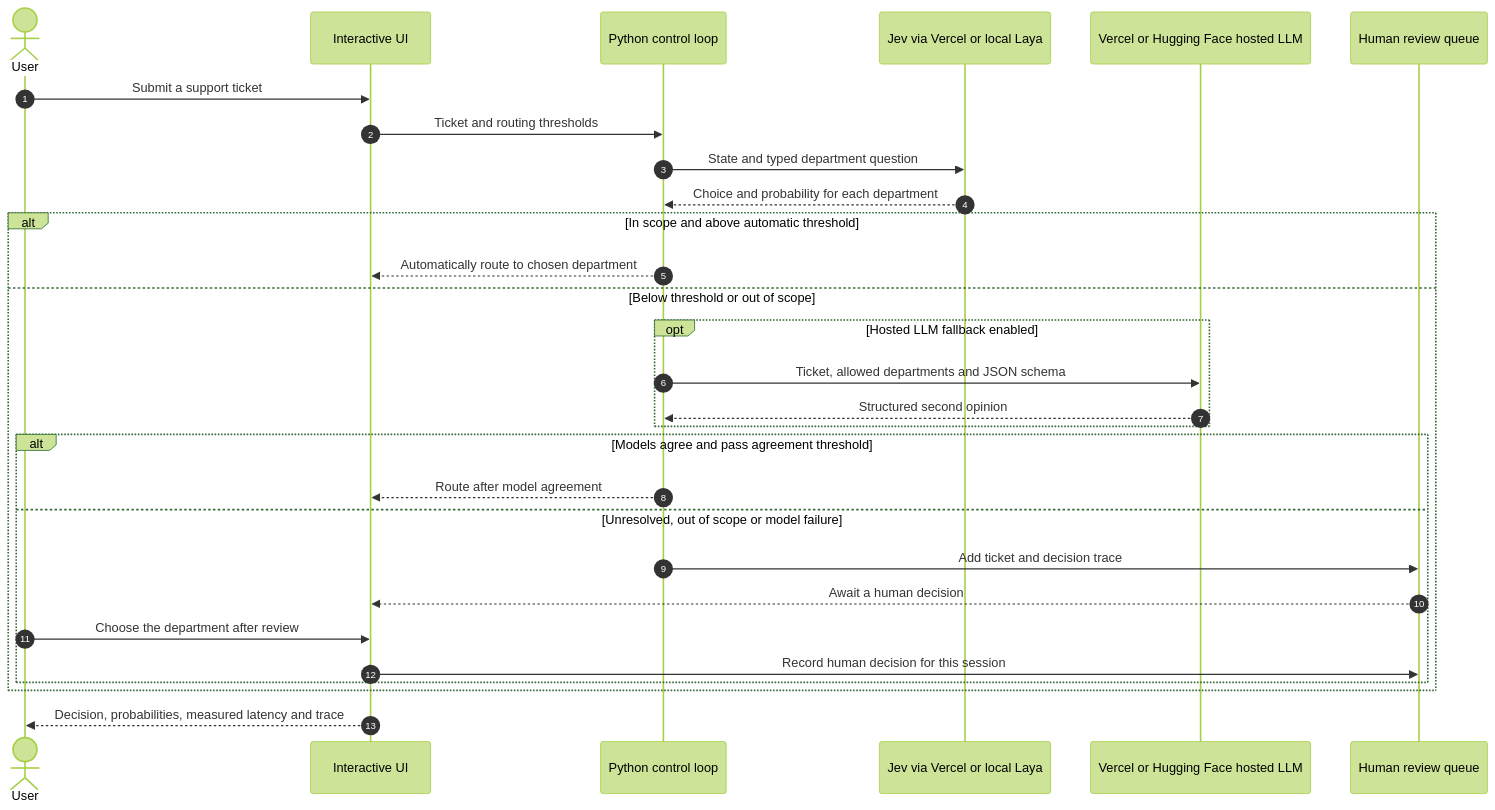
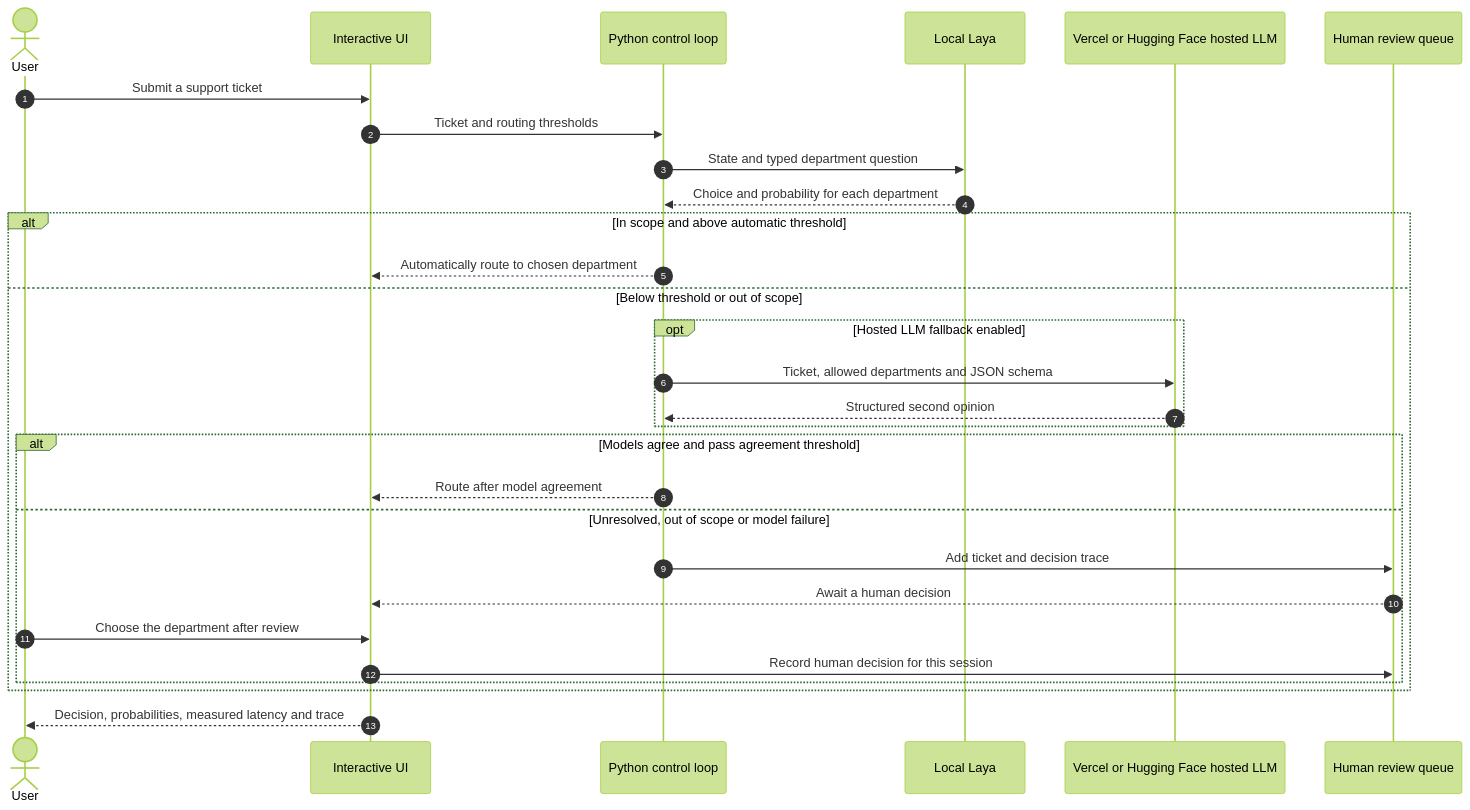
One commit to nikhilbhide/decision-router changed the first of 2 diagrams in README.md. Above: the diagram before and after it, drawn with Mermaid (forest theme). The commit also changed other lines of this file and 26 other files, not shown here.

````diff
--- a/README.md
+++ b/README.md
@@ -18,31 +19,31 @@
 ```mermaid
 sequenceDiagram
     autonumber
     actor Owner as User
     participant UI as Interactive UI
     participant Control as Python control loop
-    participant SystemOne as Jev via Vercel or local Laya
+    participant SystemOne as Local Laya
     participant LLM as Vercel or Hugging Face hosted LLM
     participant Review as Human review queue
     Owner->>UI: Submit a support ticket
     UI->>Control: Ticket and routing thresholds
     Control->>SystemOne: State and typed department question
     SystemOne-->>Control: Choice and probability for each department
     alt In scope and above automatic threshold
         Control-->>UI: Automatically route to chosen department
     else Below threshold or out of scope
         opt Hosted LLM fallback enabled
             Control->>LLM: Ticket, allowed departments and JSON schema
             LLM-->>Control: Structured second opinion
         end
         alt Models agree and pass agreement threshold
             Control-->>UI: Route after model agreement
         else Unresolved, out of scope or model failure
             Control->>Review: Add ticket and decision trace
             Review-->>UI: Await a human decision
             Owner->>UI: Choose the department after review
             UI->>Review: Record human decision for this session
         end
     end
     UI-->>Owner: Decision, probabilities, measured latency and trace
 ```
````
